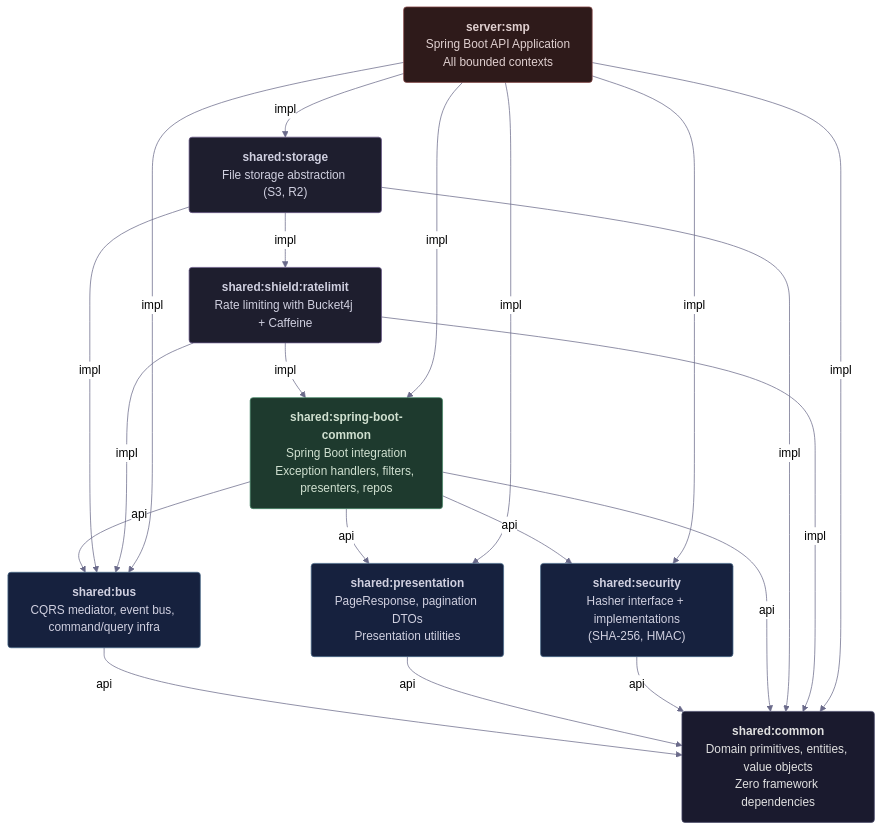
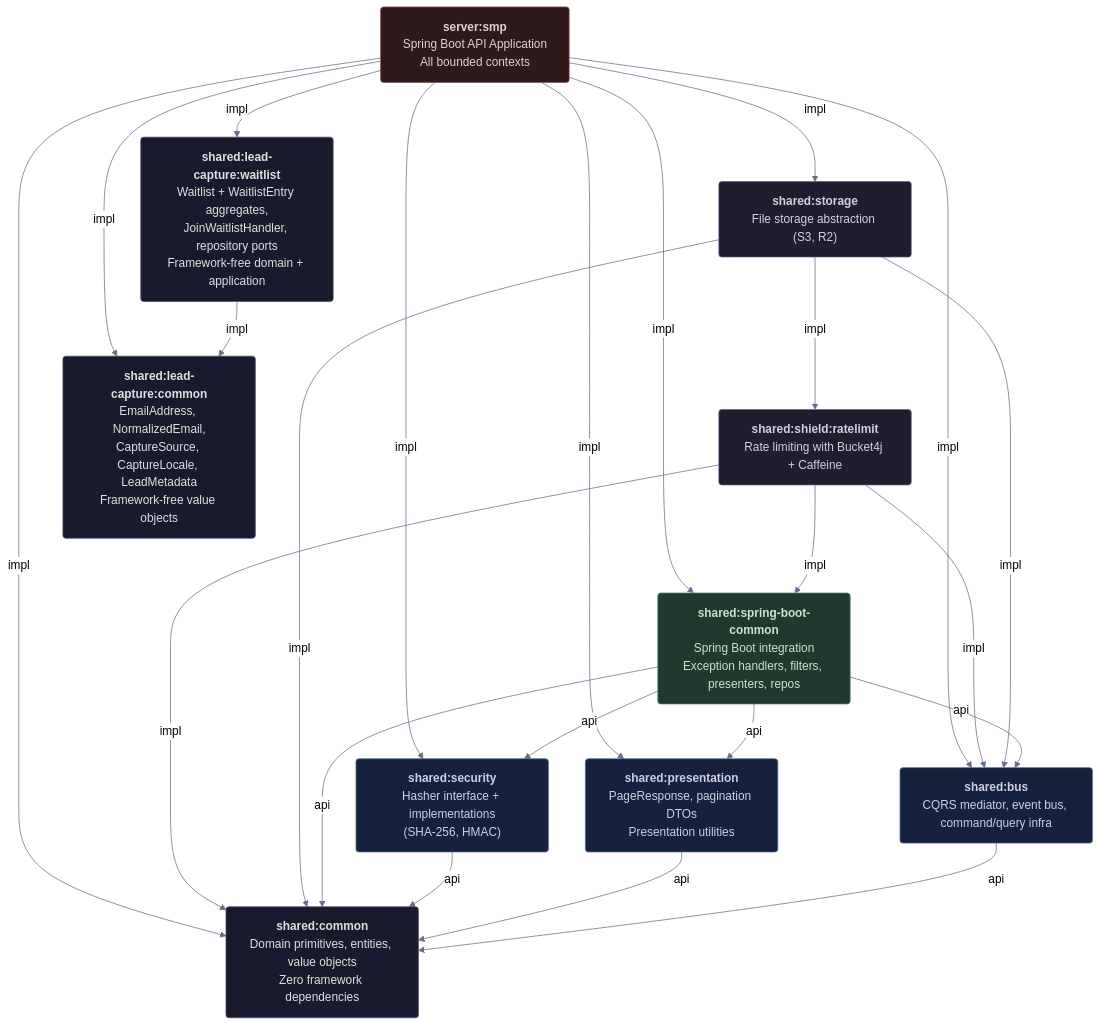
Before and after one commit to dallay/profiletailors.com: the diagram in docs/architecture/shared/dependencies.md, drawn with Mermaid. The commit also changed other lines of this file and 27 other files, not shown here.

First line of the commit message:
feat(lead-capture): wire marketing waitlist form and finalize docs (DALLAY-441, DALLAY-443)

````diff
--- a/docs/architecture/shared/dependencies.md
+++ b/docs/architecture/shared/dependencies.md
@@ -8,50 +22,56 @@
 ```mermaid
 %%{init: {'theme':'neutral', 'themeVariables': {'primaryColor':'#1a1a2e','primaryTextColor':'#e0e0e0','primaryBorderColor':'#4a4a6a','lineColor':'#6a6a8a','tertiaryColor':'#16213e'}}}%%
 
 graph TB
     %% MODULE NODES
     COMMON["<b>shared:common</b><br/>Domain primitives, entities, value objects<br/>Zero framework dependencies"]
     BUS["<b>shared:bus</b><br/>CQRS mediator, event bus, command/query infra"]
     PRESENTATION["<b>shared:presentation</b><br/>PageResponse, pagination DTOs<br/>Presentation utilities"]
     SECURITY["<b>shared:security</b><br/>Hasher interface + implementations<br/>(SHA-256, HMAC)"]
     SBC["<b>shared:spring-boot-common</b><br/>Spring Boot integration<br/>Exception handlers, filters, presenters, repos"]
     STORAGE["<b>shared:storage</b><br/>File storage abstraction (S3, R2)"]
     RATELIMIT["<b>shared:shield:ratelimit</b><br/>Rate limiting with Bucket4j + Caffeine"]
+    LC_COMMON["<b>shared:lead-capture:common</b><br/>EmailAddress, NormalizedEmail,<br/>CaptureSource, CaptureLocale, LeadMetadata<br/>Framework-free value objects"]
+    LC_WAITLIST["<b>shared:lead-capture:waitlist</b><br/>Waitlist + WaitlistEntry aggregates,<br/>JoinWaitlistHandler, repository ports<br/>Framework-free domain + application"]
 
     %% CLIENT NODES
     SMP["<b>server:smp</b><br/>Spring Boot API Application<br/>All bounded contexts"]
 
     %% COMPILE DEPENDENCIES (api / implementation)
     BUS -->|api| COMMON
     PRESENTATION -->|api| COMMON
     SECURITY -->|api| COMMON
     SBC -->|api| COMMON
     SBC -->|api| BUS
     SBC -->|api| SECURITY
     SBC -->|api| PRESENTATION
     STORAGE -->|impl| COMMON
     STORAGE -->|impl| BUS
     STORAGE -->|impl| RATELIMIT
     RATELIMIT -->|impl| COMMON
     RATELIMIT -->|impl| BUS
     RATELIMIT -->|impl| SBC
+    LC_WAITLIST -->|impl| LC_COMMON
     SMP -->|impl| COMMON
     SMP -->|impl| BUS
     SMP -->|impl| SECURITY
     SMP -->|impl| PRESENTATION
     SMP -->|impl| SBC
     SMP -->|impl| STORAGE
+    SMP -->|impl| LC_COMMON
+    SMP -->|impl| LC_WAITLIST
 
     %% STYLING
     classDef foundation fill:#1a1a2e,stroke:#4a4a6a,color:#e0e0e0,rx:4px
     classDef shared fill:#16213e,stroke:#4a6a8a,color:#d0d0e0,rx:4px
     classDef spring fill:#1e3a2e,stroke:#4a8a6a,color:#d0e0d0,rx:4px
     classDef client fill:#2e1a1a,stroke:#8a4a4a,color:#e0d0d0,rx:4px
     classDef infra fill:#1e1e2e,stroke:#6a5a8a,color:#d0d0e0,rx:4px
 
     class COMMON foundation
     class BUS,PRESENTATION,SECURITY shared
     class SBC spring
     class STORAGE,RATELIMIT infra
+    class LC_COMMON,LC_WAITLIST foundation
     class SMP client
 ```
````
